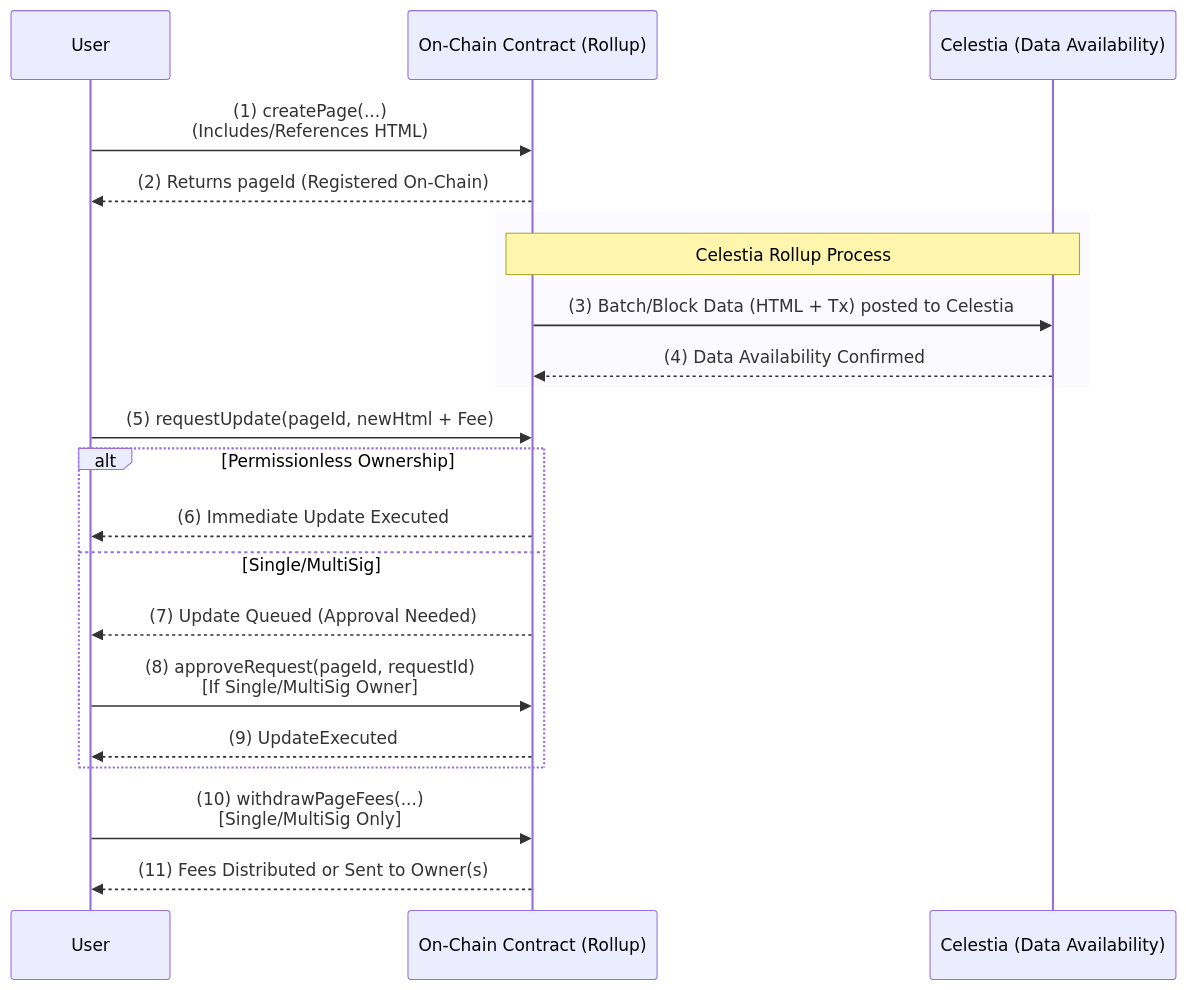
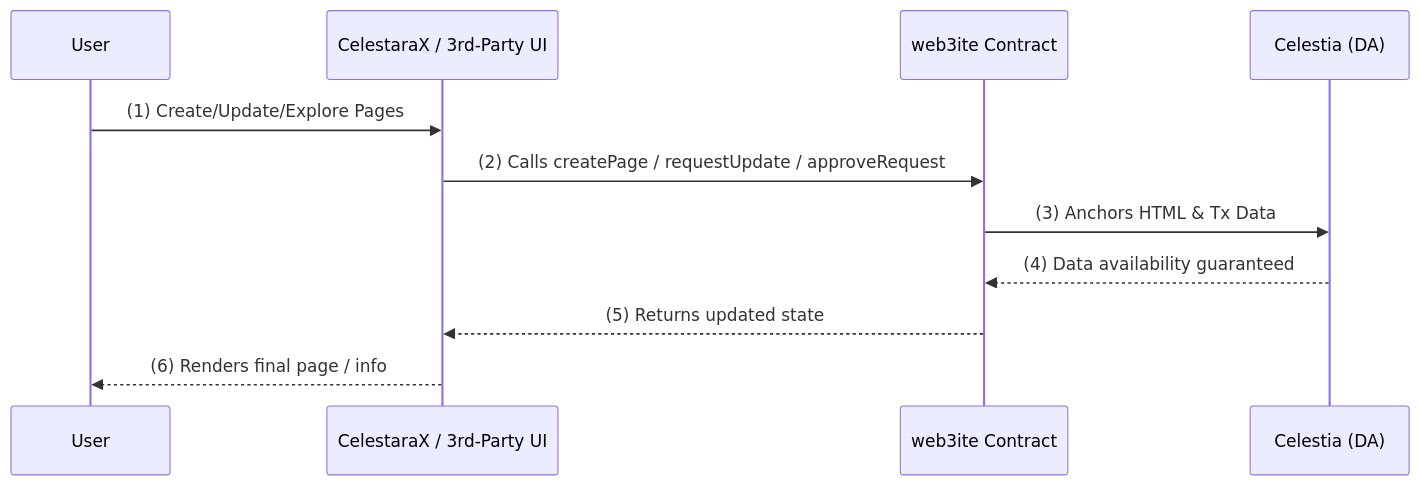
Before and after one commit to CelestaraX/CelestaraX-FE: the first of 2 diagrams in README.md, drawn with Mermaid. The commit also changed other lines of this file, not shown here.

````diff
--- a/README.md
+++ b/README.md
@@ -22,28 +37,13 @@
 ```mermaid
 sequenceDiagram
-    participant U as User
-    participant SC as On-Chain Contract (Rollup)
-    participant C as Celestia (Data Availability)
-
-    U->>SC: (1) createPage(...) <br/> (Includes/References HTML)
-    SC-->>U: (2) Returns pageId (Registered On-Chain)
-
-    rect rgba(200, 200, 250, 0.1)
-    note over SC,C: Celestia Rollup Process
-    SC->>C: (3) Batch/Block Data (HTML + Tx) posted to Celestia
-    C-->>SC: (4) Data Availability Confirmed
-    end
-
-    U->>SC: (5) requestUpdate(pageId, newHtml + Fee)
-    alt Permissionless Ownership
-        SC-->>U: (6) Immediate Update Executed
-    else Single/MultiSig
-        SC-->>U: (7) Update Queued (Approval Needed)
-        U->>SC: (8) approveRequest(pageId, requestId) <br/> [If Single/MultiSig Owner]
-        SC-->>U: (9) UpdateExecuted
-    end
-
-    U->>SC: (10) withdrawPageFees(...) <br/> [Single/MultiSig Only]
-    SC-->>U: (11) Fees Distributed or Sent to Owner(s)
-
+    participant User as User
+    participant FrontEnd as CelestaraX / 3rd-Party UI
+    participant Web3ite as web3ite Contract
+    participant Celestia as Celestia (DA)
+    User->>FrontEnd: (1) Create/Update/Explore Pages
+    FrontEnd->>Web3ite: (2) Calls createPage / requestUpdate / approveRequest
+    Web3ite->>Celestia: (3) Anchors HTML & Tx Data
+    Celestia-->>Web3ite: (4) Data availability guaranteed
+    Web3ite-->>FrontEnd: (5) Returns updated state
+    FrontEnd-->>User: (6) Renders final page / info
 ```
````
